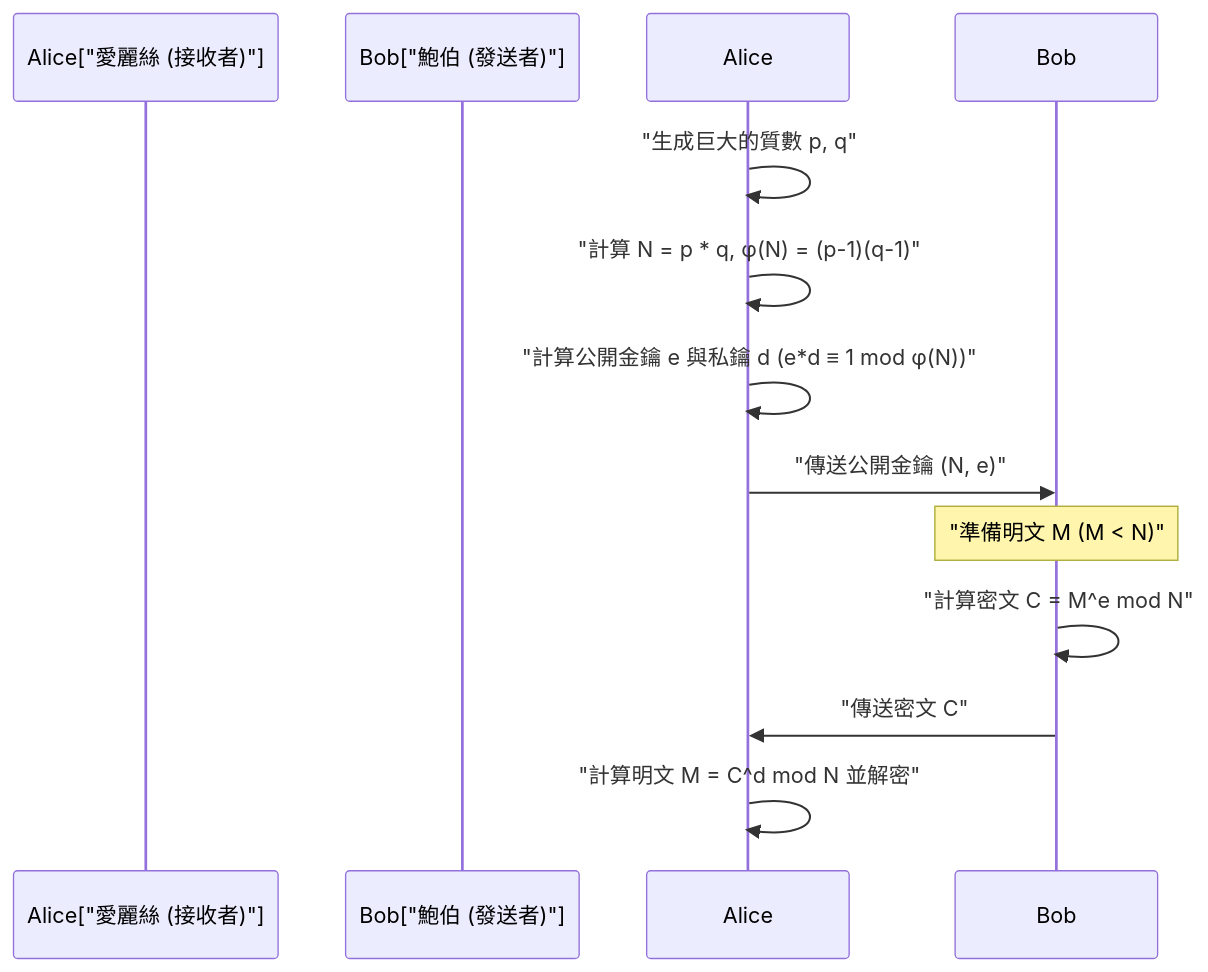
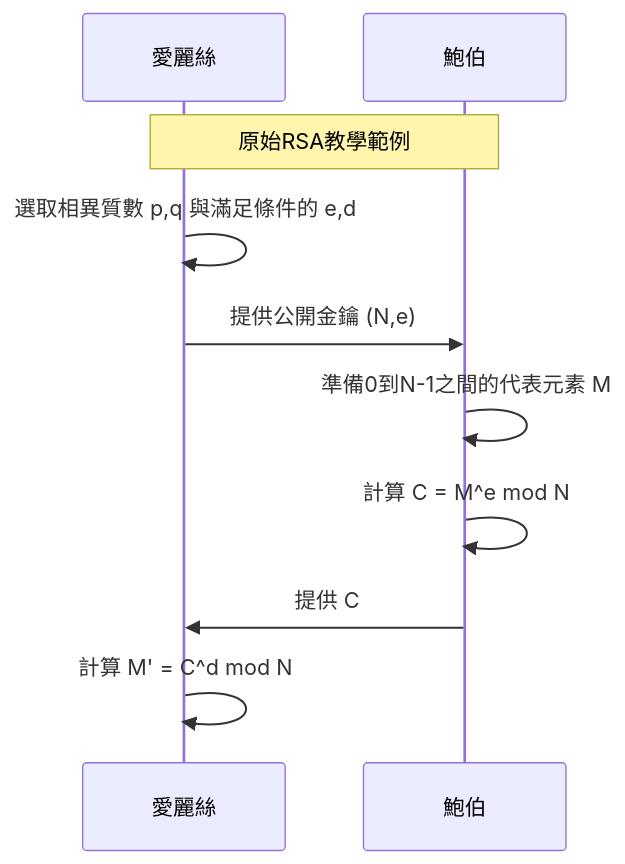
One commit to kenjinote/blog changed the second of 2 diagrams in content/post/フェルマーの小定理と暗号化/index.zh-tw.md. Above: the diagram before and after it, drawn with Mermaid. The commit also changed other lines of this file and 5 other files, not shown here.

````diff
--- a/content/post/フェルマーの小定理と暗号化/index.zh-tw.md
+++ b/content/post/フェルマーの小定理と暗号化/index.zh-tw.md
@@ -295,14 +210,12 @@
 ```mermaid
 sequenceDiagram
-    participant Alice["愛麗絲 (接收者)"]
-    participant Bob["鮑伯 (發送者)"]
-    
-    Alice->>Alice: "生成巨大的質數 p, q"
-    Alice->>Alice: "計算 N = p * q, φ(N) = (p-1)(q-1)"
-    Alice->>Alice: "計算公開金鑰 e 與私鑰 d (e*d ≡ 1 mod φ(N))"
-    Alice->>Bob: "傳送公開金鑰 (N, e)"
-    Note over Bob: "準備明文 M (M < N)"
-    Bob->>Bob: "計算密文 C = M^e mod N"
-    Bob->>Alice: "傳送密文 C"
-    Alice->>Alice: "計算明文 M = C^d mod N 並解密"
+    participant Alice as 愛麗絲
+    participant Bob as 鮑伯
+    Note over Alice,Bob: 原始RSA教學範例
+    Alice->>Alice: 選取相異質數 p,q 與滿足條件的 e,d
+    Alice->>Bob: 提供公開金鑰 (N,e)
+    Bob->>Bob: 準備0到N-1之間的代表元素 M
+    Bob->>Bob: 計算 C = M^e mod N
+    Bob->>Alice: 提供 C
+    Alice->>Alice: 計算 M' = C^d mod N
 ```
````
